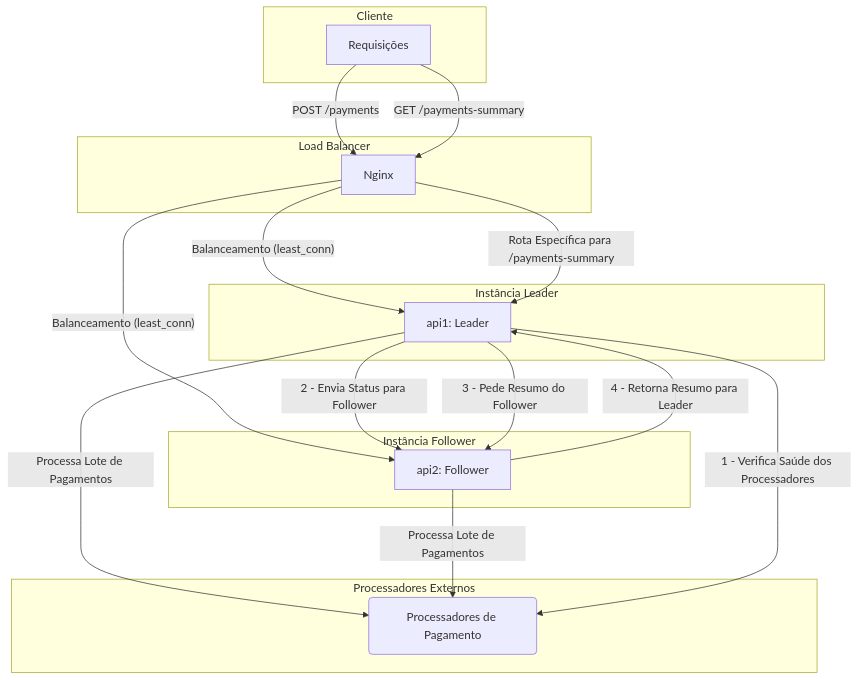
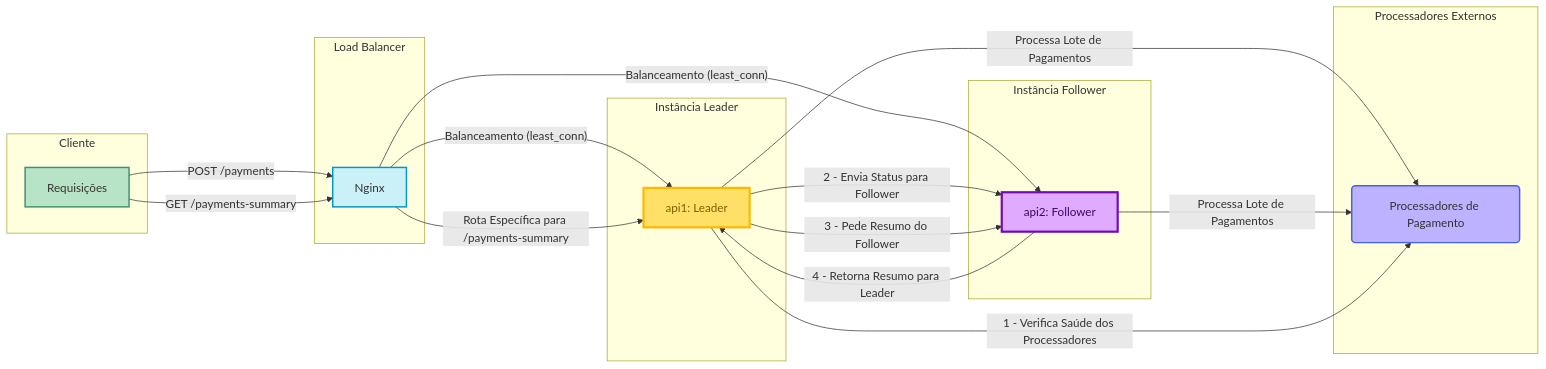
Before and after one commit to igor-gregori/rinha-de-backend-2025-bun: the diagram in README.md, drawn with Mermaid.

Commit message:
docs: adiciona estilização no mermaid

````diff
--- a/README.md
+++ b/README.md
@@ -23,38 +23,57 @@
 ```mermaid
-graph TD
+graph LR
     subgraph Cliente
         C[Requisições]
     end
 
     subgraph "Load Balancer"
         LB[Nginx]
     end
 
     subgraph "Instância Leader"
         Leader[api1: Leader]
     end
 
     subgraph "Instância Follower"
         Follower[api2: Follower]
     end
 
     subgraph "Processadores Externos"
         Processors(Processadores de Pagamento)
     end
 
     C -- "POST /payments" --> LB
     C -- "GET /payments-summary" --> LB
 
     LB -- "Balanceamento (least_conn)" --> Leader
     LB -- "Balanceamento (least_conn)" --> Follower
     LB -- "Rota Específica para /payments-summary" --> Leader
 
     Leader -- "Processa Lote de Pagamentos" --> Processors
     Follower -- "Processa Lote de Pagamentos" --> Processors
 
     Leader -- "1 - Verifica Saúde dos Processadores" --> Processors
     Leader -- "2 - Envia Status para Follower" --> Follower
 
     Leader -- "3 - Pede Resumo do Follower" --> Follower
     Follower -- "4 - Retorna Resumo para Leader" --> Leader
+
+    %% STYLE DEFINITIONS
+    style C fill:#b7e4c7,stroke:#40916c,stroke-width:2px
+    style LB fill:#caf0f8,stroke:#0096c7,stroke-width:2px
+    style Leader fill:#ffe066,stroke:#ffb700,stroke-width:3px,color:#7b6000
+    style Follower fill:#e0aaff,stroke:#7209b7,stroke-width:3px,color:#3a0865
+    style Processors fill:#bdb2ff,stroke:#4361ee,stroke-width:2px
+    %% Subgraph borders
+    classDef subCliente fill:#d8f3dc,stroke:#52b788,stroke-width:2px
+    classDef subLoadBalancer fill:#d0f4ff,stroke:#48cae4,stroke-width:2px
+    classDef subLeader fill:#fff3bf,stroke:#f59e42,stroke-width:2px
+    classDef subFollower fill:#e6c7f7,stroke:#7209b7,stroke-width:2px
+    classDef subProcessors fill:#e3dffd,stroke:#4ea8de,stroke-width:2px
+    %% Assign classes to subgraphs (label node inside each subgraph)
+    class C subCliente;
+    class LB subLoadBalancer;
+    class Leader subLeader;
+    class Follower subFollower;
+    class Processors subProcessors;
 ```
````
